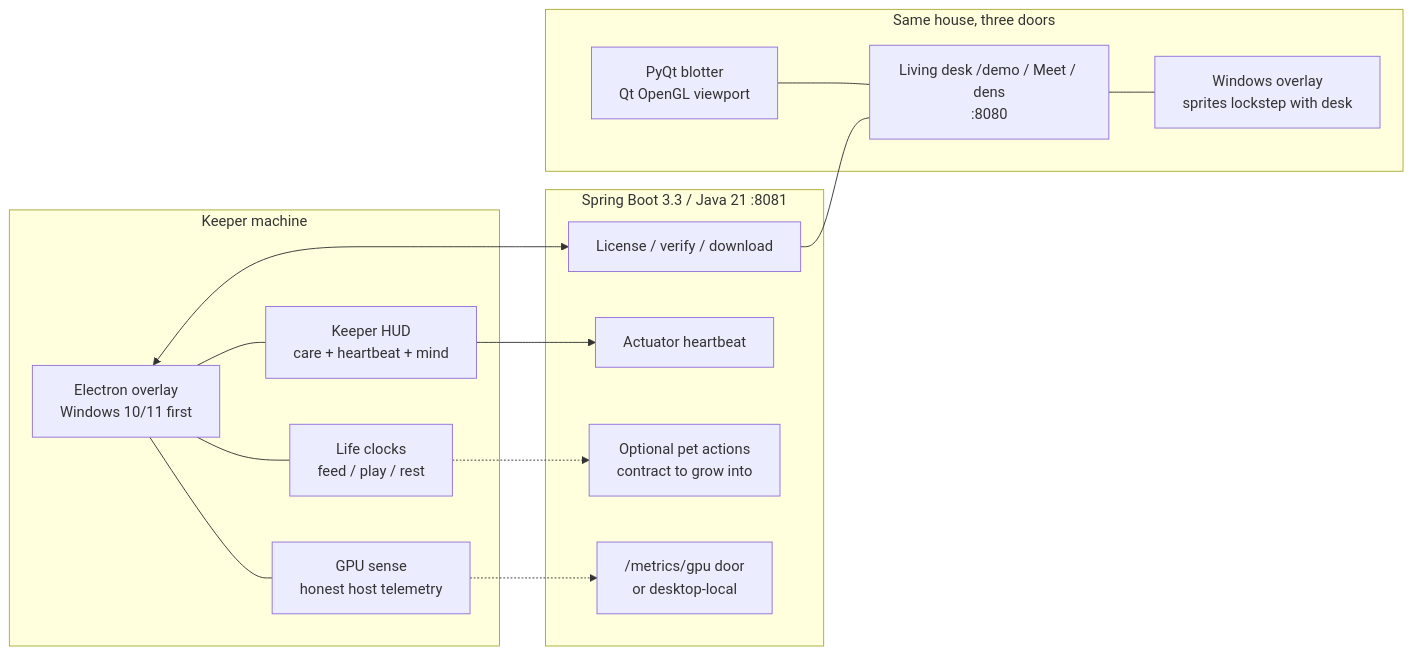
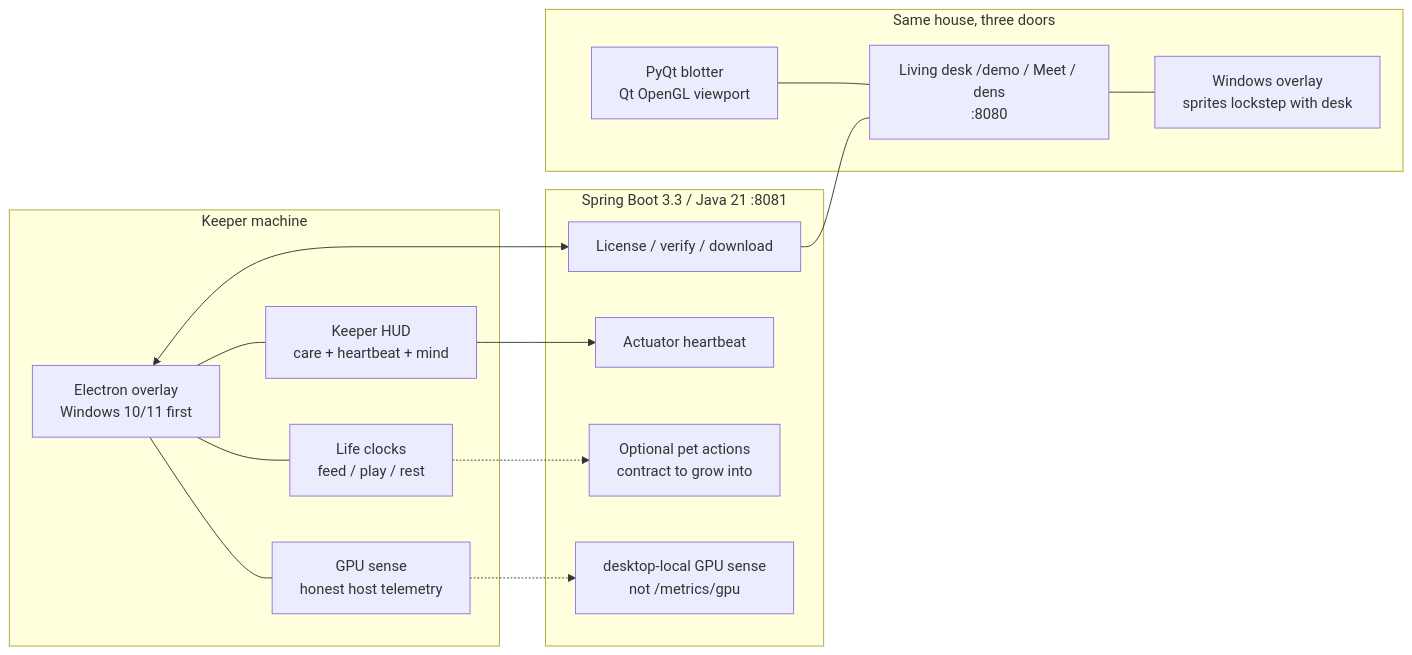
The fourth of 4 diagrams in docs/ARCHITECTURE.md (RicheyWorks/computerpets), drawn with Mermaid before and after one commit. The commit also changed other lines of this file and 27 other files, not shown here.

First line of the commit message:
Sense GPU load on the keeper machine, and stay dark when unread. (#1376)

````diff
--- a/docs/ARCHITECTURE.md
+++ b/docs/ARCHITECTURE.md
@@ -744,33 +744,33 @@
 ```mermaid
 flowchart LR
     subgraph Keeper["Keeper machine"]
         OV[Electron overlay<br/>Windows 10/11 first]
         GPU[GPU sense<br/>honest host telemetry]
         LIFE[Life clocks<br/>feed / play / rest]
         HUD[Keeper HUD<br/>care + heartbeat + mind]
     end
 
     subgraph House["Spring Boot 3.3 / Java 21 :8081"]
         LIC[License / verify / download]
         ACT[Actuator heartbeat]
         CARE[Optional pet actions<br/>contract to grow into]
-        MET["/metrics/gpu door<br/>or desktop-local"]
+        MET["desktop-local GPU sense<br/>not /metrics/gpu"]
     end
 
     subgraph Doors["Same house, three doors"]
         DESK[Living desk /demo / Meet / dens<br/>:8080]
         BLOT[PyQt blotter<br/>Qt OpenGL viewport]
         OV2[Windows overlay<br/>sprites lockstep with desk]
     end
 
     OV --- GPU
     OV --- LIFE
     OV --- HUD
     OV <--> LIC
     HUD --> ACT
     LIFE -.-> CARE
     GPU -.-> MET
     DESK --- OV2
     BLOT --- DESK
     LIC --- DESK
 ```
````
